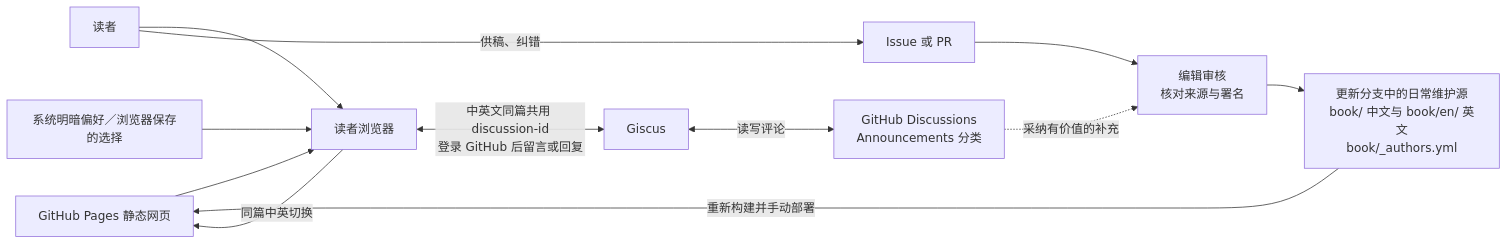
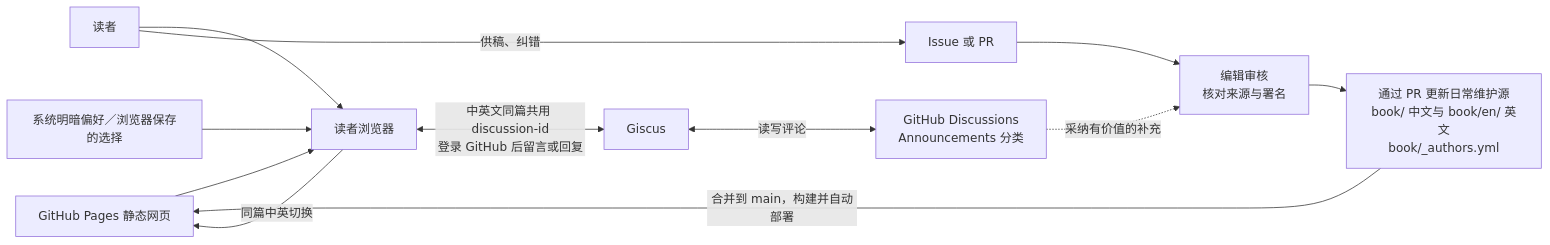
The second of 2 diagrams in docs/data-flow.md (xp-pgrs-unofficial-guide/xp_pgrs_unofficial_guide), drawn with Mermaid before and after one commit. The commit also changed other lines of this file and 10 other files, not shown here.

````diff
--- a/docs/data-flow.md
+++ b/docs/data-flow.md
@@ -65,15 +65,15 @@
 ```mermaid
 flowchart LR
     PAGES["GitHub Pages 静态网页"] --> BROWSER["读者浏览器"]
     BROWSER <-->|"中英文同篇共用 discussion-id<br/>登录 GitHub 后留言或回复"| GISCUS["Giscus"]
     GISCUS <-->|"读写评论"| DISC["GitHub Discussions<br/>Announcements 分类"]
 
     SYSTEM["系统明暗偏好／浏览器保存的选择"] --> BROWSER
     BROWSER -->|"同篇中英切换"| PAGES
     READER["读者"] --> BROWSER
     READER -->|"供稿、纠错"| SUBMIT["Issue 或 PR"]
     SUBMIT --> EDITOR["编辑审核<br/>核对来源与署名"]
     DISC -.->|"采纳有价值的补充"| EDITOR
-    EDITOR --> SRC["更新分支中的日常维护源<br/>book/ 中文与 book/en/ 英文<br/>book/_authors.yml"]
-    SRC -->|"重新构建并手动部署"| PAGES
+    EDITOR --> SRC["通过 PR 更新日常维护源<br/>book/ 中文与 book/en/ 英文<br/>book/_authors.yml"]
+    SRC -->|"合并到 main，构建并自动部署"| PAGES
 ```
````
